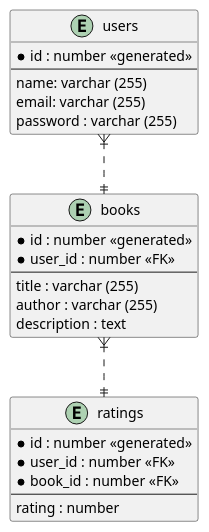
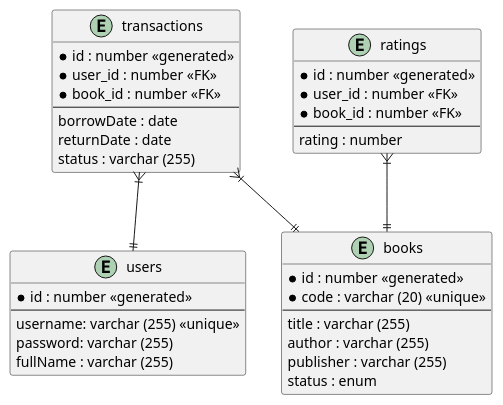
The diagram in docs/db.puml (arimulian/book-review-API), drawn with PlantUML before and after one commit. The commit also changed 20 other files, not shown here.

```diff
--- a/docs/db.puml
+++ b/docs/db.puml
@@ -1,33 +1,50 @@
 @startuml
 'https://plantuml.com/class-diagram
 
 entity "users" {
 *id : number <<generated>>
 --
-name: varchar (255)
-email: varchar (255)
-password : varchar (255)
+username: varchar (255) <<unique>>
+password: varchar (255)
+fullName : varchar (255)
 }
 
 entity "books" {
 *id : number <<generated>>
-*user_id : number <<FK>>
+*code : varchar (20) <<unique>>
 --
 title : varchar (255)
 author : varchar (255)
-description : text
+publisher : varchar (255)
+status : enum
 }
+
+
+entity "transactions" {
+*id : number <<generated>>
+*user_id : number <<FK>>
+*book_id : number <<FK>>
+--
+borrowDate : date
+returnDate : date
+status : varchar (255)
+}
+
 
 entity "ratings" {
 *id : number <<generated>>
 *user_id : number <<FK>>
 *book_id : number <<FK>>
 --
 rating : number
 }
 
 
-users }|..|| books
-books }|..|| ratings
+transactions }|--|| users
+transactions }|--|| books
+ratings}|--||books
+
+
+
 
 @enduml
```
